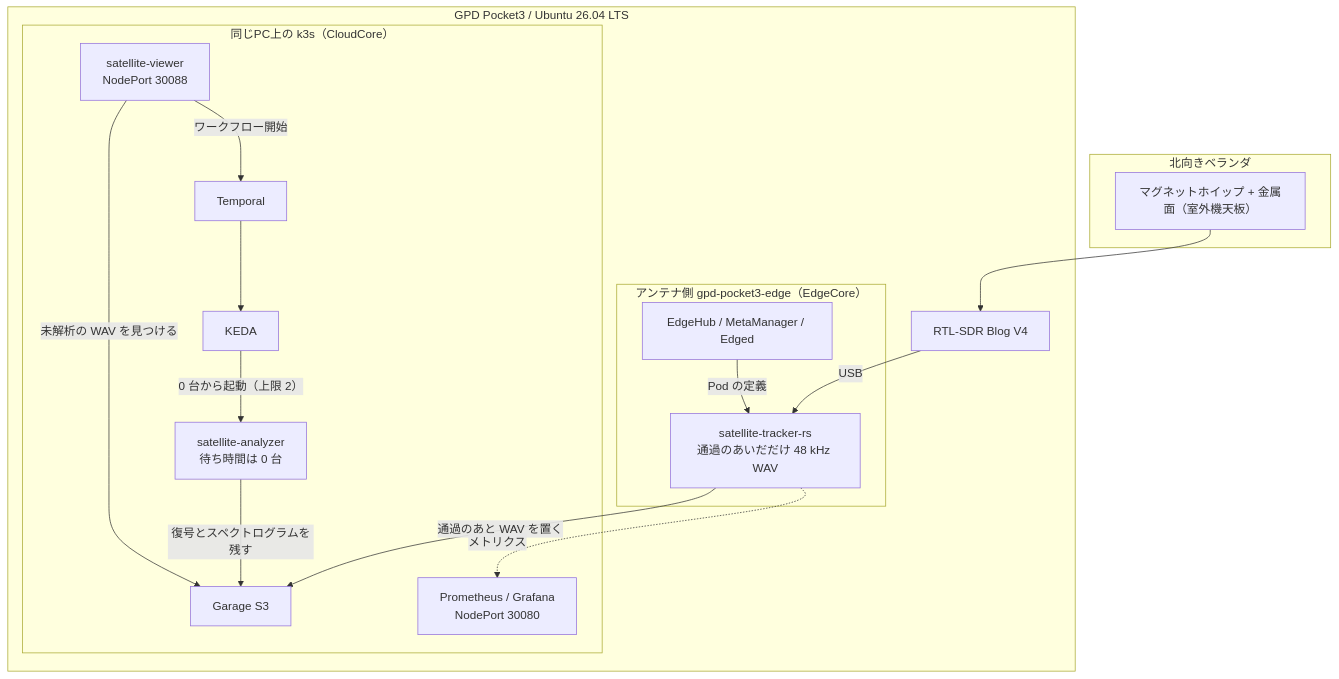
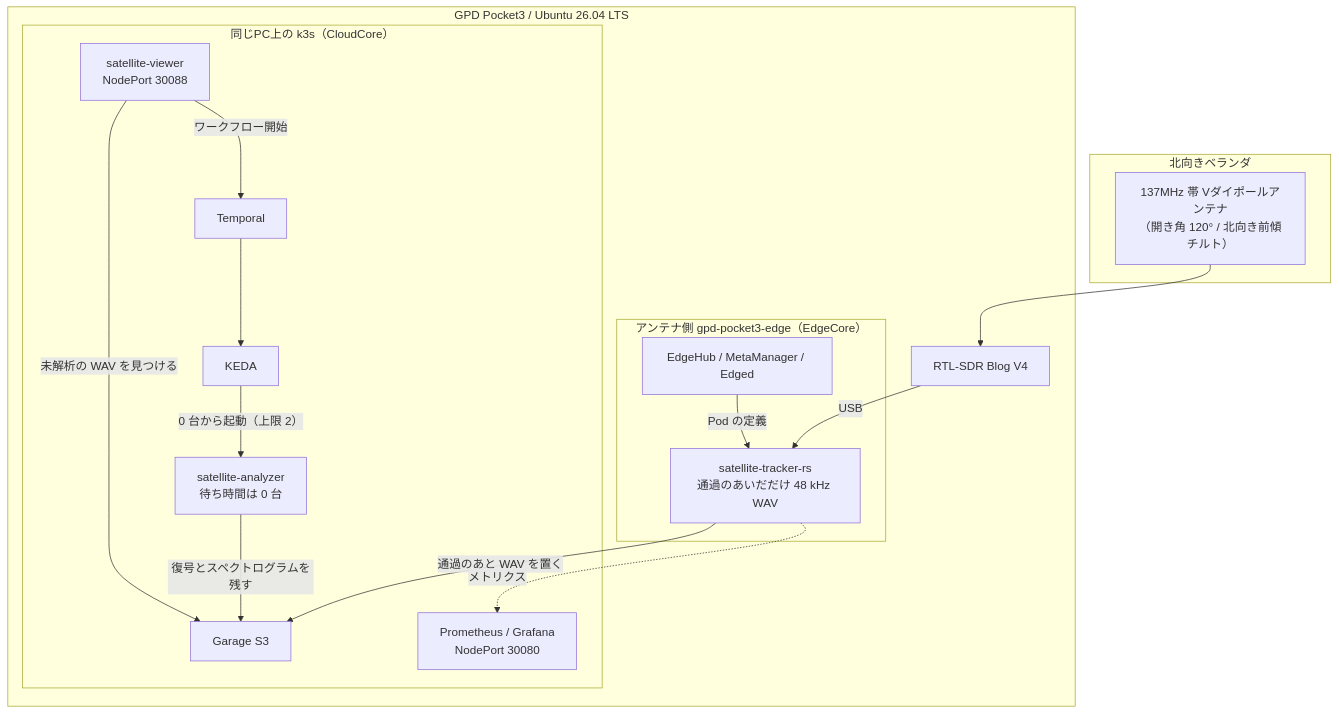
The diagram in README.md (tozastation/radio-astronomy), drawn with Mermaid before and after one commit. The commit also changed other lines of this file and 1 other file, not shown here.

Commit message:
docs: READMEおよびシステム構成図のアンテナ記述をVダイポールへ修正

````diff
--- a/README.md
+++ b/README.md
@@ -75,35 +75,35 @@
 ```mermaid
 flowchart TB
     subgraph Balcony["北向きベランダ"]
-        Ant["マグネットホイップ + 金属面（室外機天板）"]
+        Ant["137MHz 帯 Vダイポールアンテナ<br/>（開き角 120° / 北向き前傾チルト）"]
     end
 
     subgraph Pocket["GPD Pocket3 / Ubuntu 26.04 LTS"]
         SDR["RTL-SDR Blog V4"]
 
         subgraph Edge["アンテナ側 gpd-pocket3-edge（EdgeCore）"]
             Tracker["satellite-tracker-rs<br/>通過のあいだだけ 48 kHz WAV"]
             EdgeCtl["EdgeHub / MetaManager / Edged"]
         end
 
         subgraph Cluster["同じPC上の k3s（CloudCore）"]
             Garage["Garage S3"]
             Viewer["satellite-viewer<br/>NodePort 30088"]
             Temporal["Temporal"]
             KEDA["KEDA"]
             Worker["satellite-analyzer<br/>待ち時間は 0 台"]
             Graf["Prometheus / Grafana<br/>NodePort 30080"]
         end
     end
 
     Ant --> SDR
     SDR -->|USB| Tracker
     EdgeCtl -->|"Pod の定義"| Tracker
     Tracker -->|"通過のあと WAV を置く"| Garage
     Viewer -->|"未解析の WAV を見つける"| Garage
     Viewer -->|"ワークフロー開始"| Temporal
     Temporal --> KEDA
     KEDA -->|"0 台から起動（上限 2）"| Worker
     Worker -->|"復号とスペクトログラムを残す"| Garage
     Tracker -.->|"メトリクス"| Graf
 ```
````
